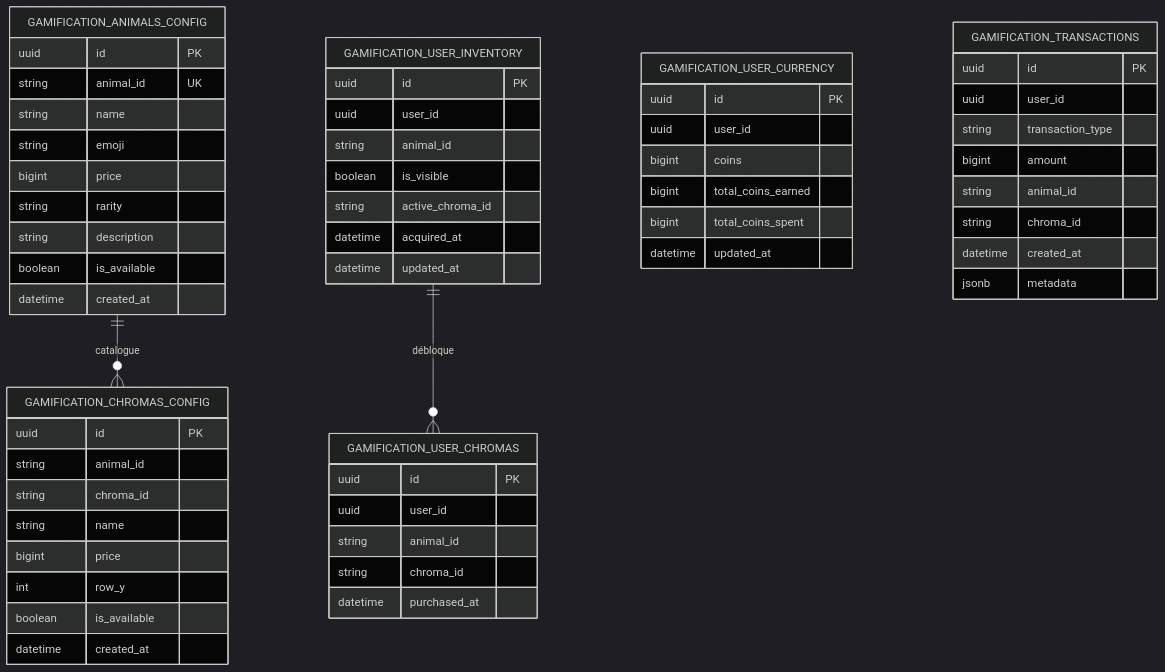
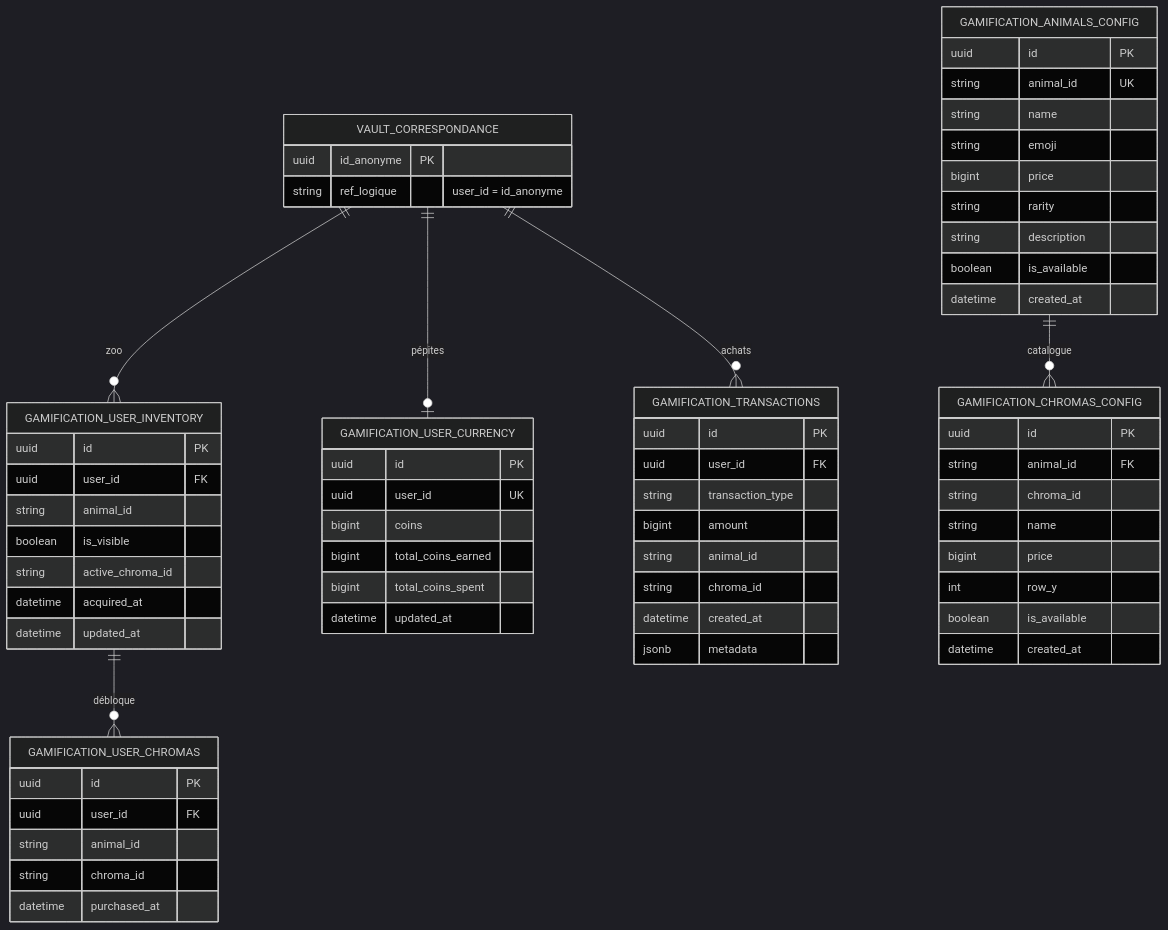
The tenth of 12 diagrams in README.md (Gwendal-Ferlin/MSPR502_BDD_Python), drawn with Mermaid (dark theme) before and after one commit. The commit also changed other lines of this file, not shown here.

````diff
--- a/README.md
+++ b/README.md
@@ -887,61 +908,68 @@
 ```mermaid
 erDiagram
+    VAULT_CORRESPONDANCE ||--o{ GAMIFICATION_USER_INVENTORY : "zoo"
+    VAULT_CORRESPONDANCE ||--o| GAMIFICATION_USER_CURRENCY : "pépites"
+    VAULT_CORRESPONDANCE ||--o{ GAMIFICATION_TRANSACTIONS : "achats"
     GAMIFICATION_ANIMALS_CONFIG ||--o{ GAMIFICATION_CHROMAS_CONFIG : "catalogue"
     GAMIFICATION_USER_INVENTORY ||--o{ GAMIFICATION_USER_CHROMAS : "débloque"
 
+    VAULT_CORRESPONDANCE {
+        uuid id_anonyme PK
+        string ref_logique "user_id = id_anonyme"
+    }
     GAMIFICATION_USER_INVENTORY {
         uuid id PK
-        uuid user_id
+        uuid user_id FK
         string animal_id
         boolean is_visible
         string active_chroma_id
         datetime acquired_at
         datetime updated_at
     }
     GAMIFICATION_USER_CHROMAS {
         uuid id PK
-        uuid user_id
+        uuid user_id FK
         string animal_id
         string chroma_id
         datetime purchased_at
     }
     GAMIFICATION_USER_CURRENCY {
         uuid id PK
-        uuid user_id
+        uuid user_id UK
         bigint coins
         bigint total_coins_earned
         bigint total_coins_spent
         datetime updated_at
     }
     GAMIFICATION_TRANSACTIONS {
         uuid id PK
-        uuid user_id
+        uuid user_id FK
         string transaction_type
         bigint amount
         string animal_id
         string chroma_id
         datetime created_at
         jsonb metadata
     }
     GAMIFICATION_ANIMALS_CONFIG {
         uuid id PK
         string animal_id UK
         string name
         string emoji
         bigint price
         string rarity
         string description
         boolean is_available
         datetime created_at
     }
     GAMIFICATION_CHROMAS_CONFIG {
         uuid id PK
-        string animal_id
+        string animal_id FK
         string chroma_id
         string name
         bigint price
         int row_y
         boolean is_available
         datetime created_at
     }
 ```
````
